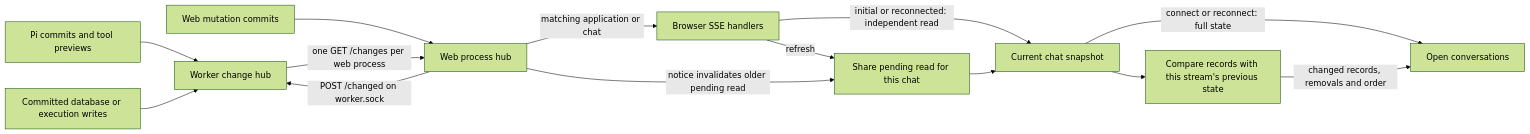
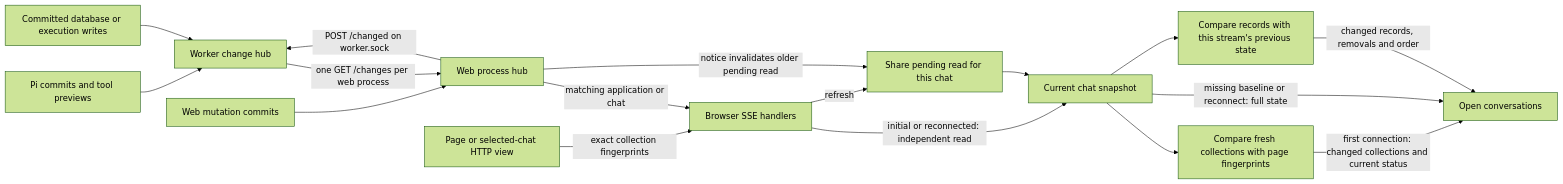
Before and after one commit to lustoykov/hallvi: the second of 6 diagrams in docs/architecture.md, drawn with Mermaid (forest theme). The commit also changed other lines of this file and 12 other files, not shown here.

First line of the commit message:
Skip duplicate conversation data on the first stream connection (#337)

````diff
--- a/docs/architecture.md
+++ b/docs/architecture.md
@@ -87,16 +87,19 @@
 ```mermaid
 flowchart LR
     Pi[Pi commits and tool previews] --> Hub[Worker change hub]
     Writes[Committed database or execution writes] --> Hub
     WebWrite[Web mutation commits] --> Local[Web process hub]
     Local -->|POST /changed on worker.sock| Hub
     Hub -->|one GET /changes per web process| Local
     Local -->|matching application or chat| Stream[Browser SSE handlers]
     Stream -->|initial or reconnected: independent read| Snapshot[Current chat snapshot]
     Stream -->|refresh| Pending[Share pending read for this chat]
     Local -->|notice invalidates older pending read| Pending
     Pending --> Snapshot
-    Snapshot -->|connect or reconnect: full state| Browser[Open conversations]
+    Page[Page or selected-chat HTTP view] -->|exact collection fingerprints| Stream
+    Snapshot --> Initial[Compare fresh collections with page fingerprints]
+    Initial -->|first connection: changed collections and current status| Browser[Open conversations]
+    Snapshot -->|missing baseline or reconnect: full state| Browser
     Snapshot --> Compare[Compare records with this stream's previous state]
     Compare -->|changed records, removals and order| Browser
 ```
````
